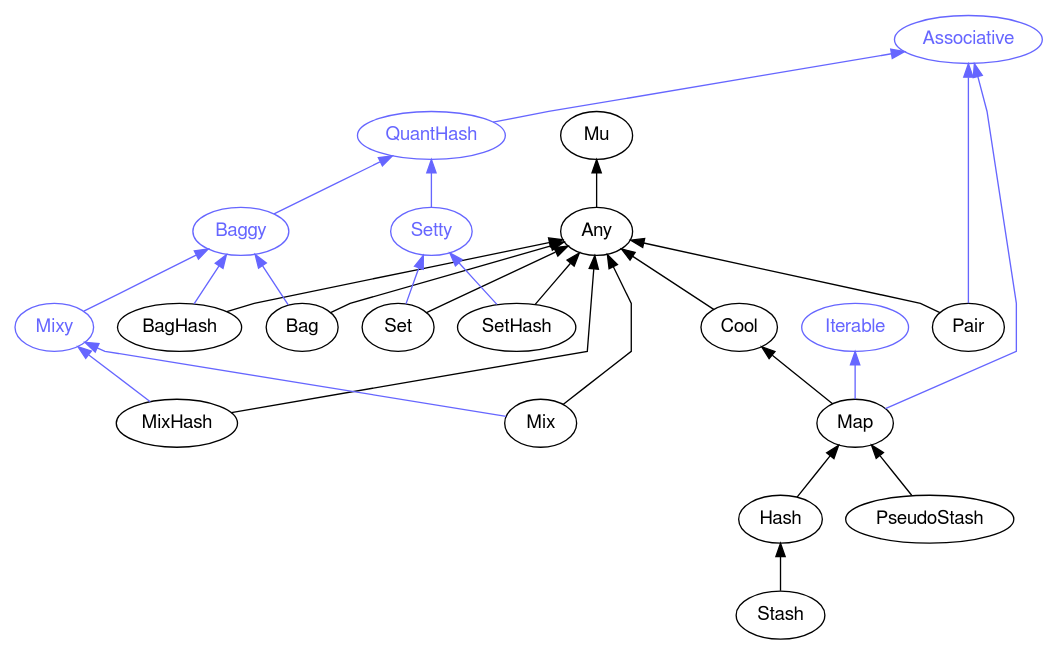
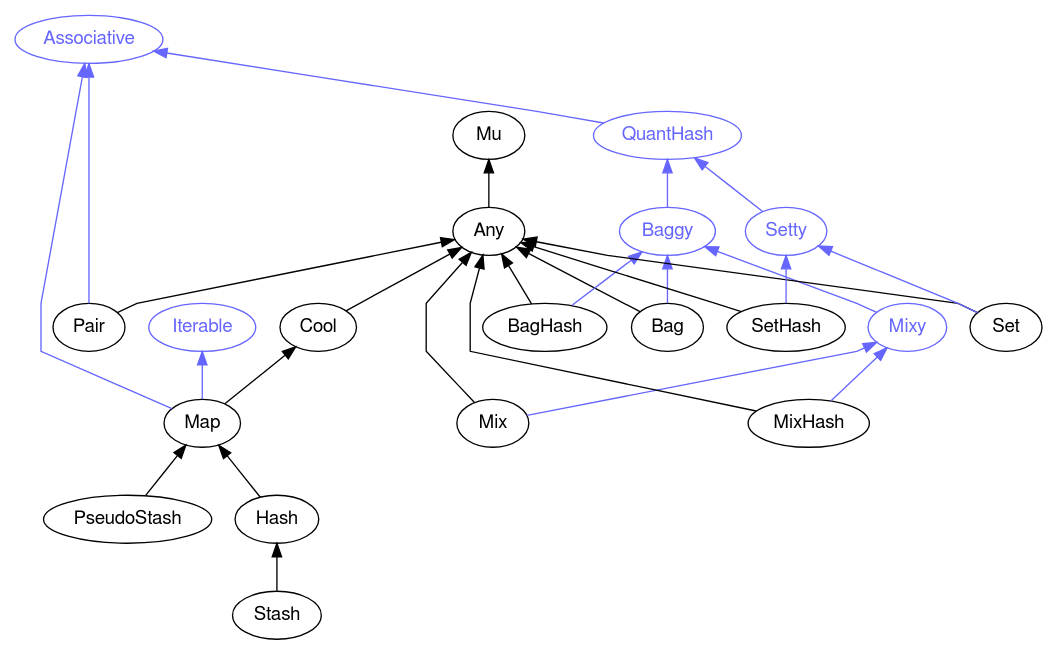
The diagram in images/type-graph-Associative.svg.dot (perl6docs/perl6docs.github.io), drawn with Graphviz before and after one commit. The commit also changed other lines of this file and 4446 other files, not shown here.

```diff
--- a/images/type-graph-Associative.svg.dot
+++ b/images/type-graph-Associative.svg.dot
@@ -1,56 +1,56 @@
 digraph "perl6-type-graph" {
     rankdir=BT;
     splines=polyline;
     overlap=false; 
     // Types
     "Associative" [color="#6666FF", fontcolor="#6666FF", href="/type/Associative", fontname="FreeSans"];
     "Mu" [color="#000000", fontcolor="#000000", href="/type/Mu", fontname="FreeSans"];
     "Any" [color="#000000", fontcolor="#000000", href="/type/Any", fontname="FreeSans"];
     "Pair" [color="#000000", fontcolor="#000000", href="/type/Pair", fontname="FreeSans"];
+    "QuantHash" [color="#6666FF", fontcolor="#6666FF", href="/type/QuantHash", fontname="FreeSans"];
     "Cool" [color="#000000", fontcolor="#000000", href="/type/Cool", fontname="FreeSans"];
     "Iterable" [color="#6666FF", fontcolor="#6666FF", href="/type/Iterable", fontname="FreeSans"];
     "Map" [color="#000000", fontcolor="#000000", href="/type/Map", fontname="FreeSans"];
-    "QuantHash" [color="#6666FF", fontcolor="#6666FF", href="/type/QuantHash", fontname="FreeSans"];
+    "PseudoStash" [color="#000000", fontcolor="#000000", href="/type/PseudoStash", fontname="FreeSans"];
     "Hash" [color="#000000", fontcolor="#000000", href="/type/Hash", fontname="FreeSans"];
-    "PseudoStash" [color="#000000", fontcolor="#000000", href="/type/PseudoStash", fontname="FreeSans"];
     "Baggy" [color="#6666FF", fontcolor="#6666FF", href="/type/Baggy", fontname="FreeSans"];
     "Setty" [color="#6666FF", fontcolor="#6666FF", href="/type/Setty", fontname="FreeSans"];
     "Stash" [color="#000000", fontcolor="#000000", href="/type/Stash", fontname="FreeSans"];
-    "BagHash" [color="#000000", fontcolor="#000000", href="/type/BagHash", fontname="FreeSans"];
     "Mixy" [color="#6666FF", fontcolor="#6666FF", href="/type/Mixy", fontname="FreeSans"];
     "Bag" [color="#000000", fontcolor="#000000", href="/type/Bag", fontname="FreeSans"];
+    "BagHash" [color="#000000", fontcolor="#000000", href="/type/BagHash", fontname="FreeSans"];
     "Set" [color="#000000", fontcolor="#000000", href="/type/Set", fontname="FreeSans"];
     "SetHash" [color="#000000", fontcolor="#000000", href="/type/SetHash", fontname="FreeSans"];
+    "Mix" [color="#000000", fontcolor="#000000", href="/type/Mix", fontname="FreeSans"];
     "MixHash" [color="#000000", fontcolor="#000000", href="/type/MixHash", fontname="FreeSans"];
-    "Mix" [color="#000000", fontcolor="#000000", href="/type/Mix", fontname="FreeSans"];
 
     // Superclasses
     "Any" -> "Mu" [color="#000000"];
     "Pair" -> "Any" [color="#000000"];
     "Cool" -> "Any" [color="#000000"];
     "Map" -> "Cool" [color="#000000"];
+    "PseudoStash" -> "Map" [color="#000000"];
     "Hash" -> "Map" [color="#000000"];
-    "PseudoStash" -> "Map" [color="#000000"];
     "Stash" -> "Hash" [color="#000000"];
+    "Bag" -> "Any" [color="#000000"];
     "BagHash" -> "Any" [color="#000000"];
-    "Bag" -> "Any" [color="#000000"];
     "Set" -> "Any" [color="#000000"];
     "SetHash" -> "Any" [color="#000000"];
+    "Mix" -> "Any" [color="#000000"];
     "MixHash" -> "Any" [color="#000000"];
-    "Mix" -> "Any" [color="#000000"];
 
     // Roles
     "Pair" -> "Associative" [color="#6666FF"];
+    "QuantHash" -> "Associative" [color="#6666FF"];
     "Map" -> "Iterable" [color="#6666FF"];
     "Map" -> "Associative" [color="#6666FF"];
-    "QuantHash" -> "Associative" [color="#6666FF"];
     "Baggy" -> "QuantHash" [color="#6666FF"];
     "Setty" -> "QuantHash" [color="#6666FF"];
-    "BagHash" -> "Baggy" [color="#6666FF"];
     "Mixy" -> "Baggy" [color="#6666FF"];
     "Bag" -> "Baggy" [color="#6666FF"];
+    "BagHash" -> "Baggy" [color="#6666FF"];
     "Set" -> "Setty" [color="#6666FF"];
     "SetHash" -> "Setty" [color="#6666FF"];
+    "Mix" -> "Mixy" [color="#6666FF"];
     "MixHash" -> "Mixy" [color="#6666FF"];
-    "Mix" -> "Mixy" [color="#6666FF"];
 }
```
